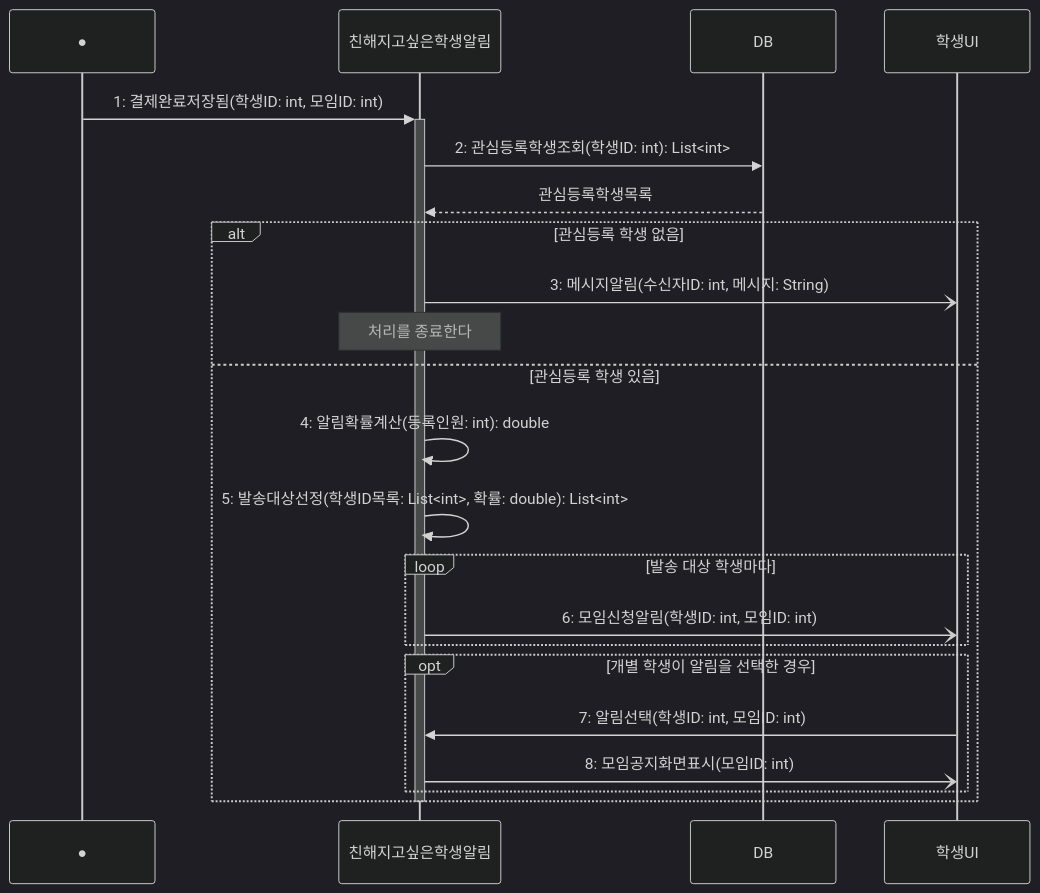
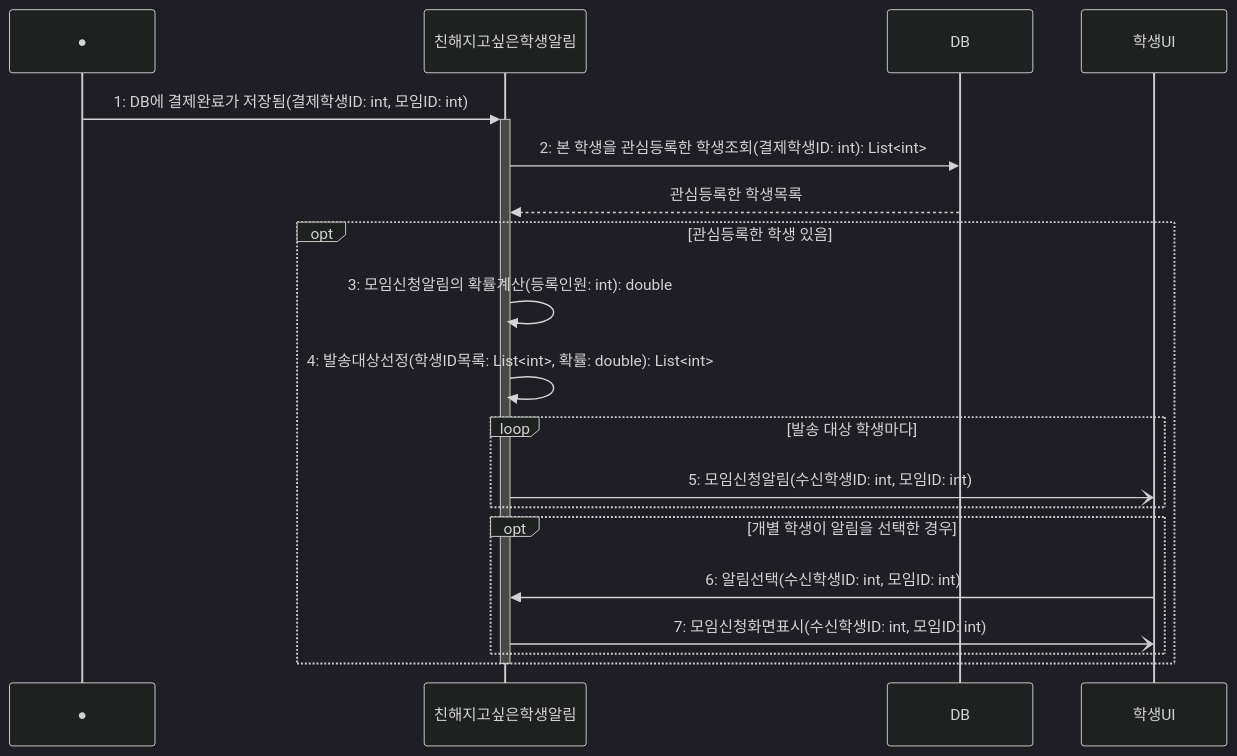
Before and after one commit to hojae3/sw-engineering-16: the diagram in sequence/seq-03.md, drawn with Mermaid (dark theme). The commit also changed other lines of this file and 1 other file, not shown here.

Commit message:
[req-03/seq-03] 3번 알림 제거에 따른 opt 분기·메시지 번호·표기 및 매개변수 보완

````diff
--- a/sequence/seq-03.md
+++ b/sequence/seq-03.md
@@ -22,27 +22,24 @@
 ```mermaid
 sequenceDiagram
     participant Found as ●
     participant 알림 as 친해지고싶은학생알림
     participant DB as DB
     participant 학생UI as 학생UI
 
-    Found->>+알림: 1: 결제완료저장됨(학생ID: int, 모임ID: int)
-    알림->>DB: 2: 관심등록학생조회(학생ID: int): List<int>
-    DB-->>알림: 관심등록학생목록
+    Found->>+알림: 1: DB에 결제완료가 저장됨(결제학생ID: int, 모임ID: int)
+    알림->>DB: 2: 본 학생을 관심등록한 학생조회(결제학생ID: int): List<int>
+    DB-->>알림: 관심등록한 학생목록
 
-    alt 관심등록 학생 없음
-        알림-)학생UI: 3: 메시지알림(수신자ID: int, 메시지: String)
-        Note over 알림: 처리를 종료한다
-    else 관심등록 학생 있음
-        알림->>알림: 4: 알림확률계산(등록인원: int): double
-        알림->>알림: 5: 발송대상선정(학생ID목록: List<int>, 확률: double): List<int>
+    opt 관심등록한 학생 있음
+        알림->>알림: 3: 모임신청알림의 확률계산(등록인원: int): double
+        알림->>알림: 4: 발송대상선정(학생ID목록: List<int>, 확률: double): List<int>
         loop 발송 대상 학생마다
-            알림-)학생UI: 6: 모임신청알림(학생ID: int, 모임ID: int)
+            알림-)학생UI: 5: 모임신청알림(수신학생ID: int, 모임ID: int)
         end
         opt 개별 학생이 알림을 선택한 경우
-            학생UI->>알림: 7: 알림선택(학생ID: int, 모임ID: int)
-            알림-)학생UI: 8: 모임공지화면표시(모임ID: int)
+            학생UI->>알림: 6: 알림선택(수신학생ID: int, 모임ID: int)
+            알림-)학생UI: 7: 모임신청화면표시(수신학생ID: int, 모임ID: int)
         end
     end
     deactivate 알림
 ```
````
